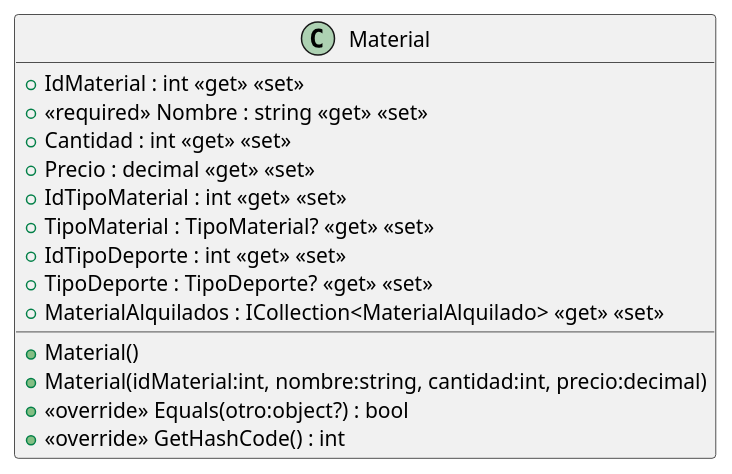
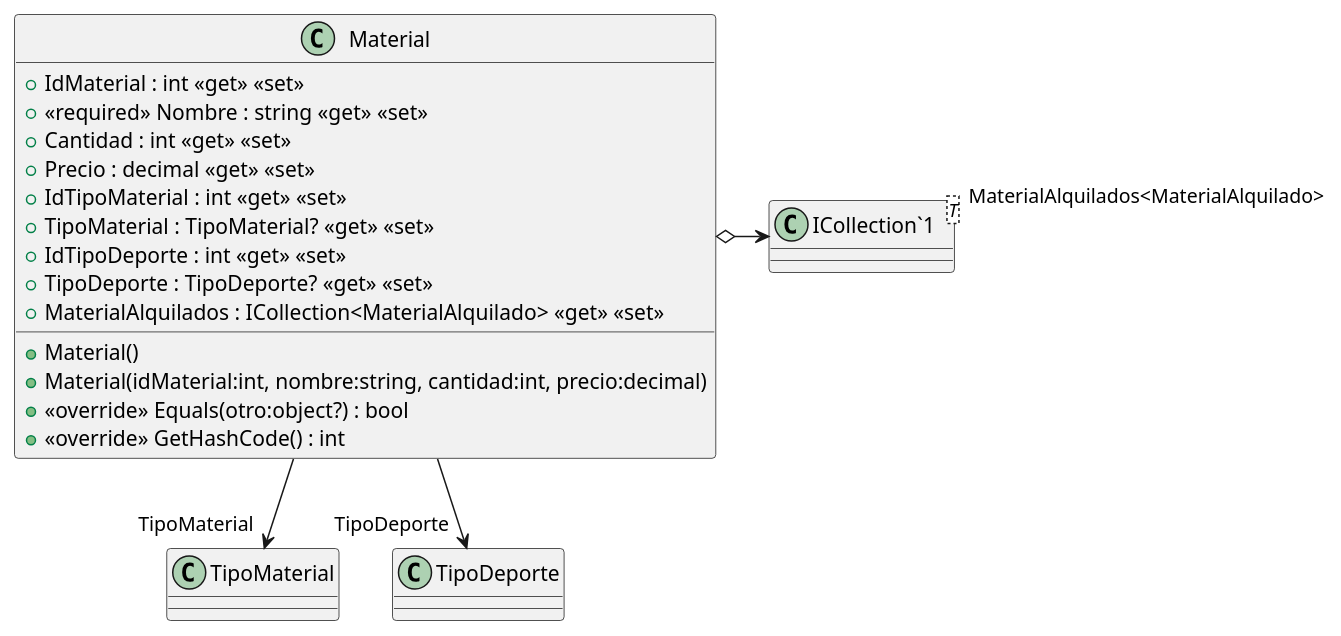
Before and after one commit to GrupoSixSeven/ISII2627GrupoSixSeven: the diagram in src/AppForSEII.API/ClassDiagram/Material.puml, drawn with PlantUML. The commit also changed 13 other files, not shown here.

First line of the commit message:
Crear diagrama CU-3 (T-29)

```diff
--- a/src/AppForSEII.API/ClassDiagram/Material.puml
+++ b/src/AppForSEII.API/ClassDiagram/Material.puml
@@ -1,17 +1,22 @@
 @startuml
 class Material {
     + IdMaterial : int <<get>> <<set>>
     + <<required>> Nombre : string <<get>> <<set>>
     + Cantidad : int <<get>> <<set>>
     + Precio : decimal <<get>> <<set>>
     + IdTipoMaterial : int <<get>> <<set>>
     + TipoMaterial : TipoMaterial? <<get>> <<set>>
     + IdTipoDeporte : int <<get>> <<set>>
     + TipoDeporte : TipoDeporte? <<get>> <<set>>
     + MaterialAlquilados : ICollection<MaterialAlquilado> <<get>> <<set>>
     + Material()
     + Material(idMaterial:int, nombre:string, cantidad:int, precio:decimal)
     + <<override>> Equals(otro:object?) : bool
     + <<override>> GetHashCode() : int
 }
+class "ICollection`1"<T> {
+}
+Material --> "TipoMaterial" TipoMaterial
+Material --> "TipoDeporte" TipoDeporte
+Material o-> "MaterialAlquilados<MaterialAlquilado>" "ICollection`1"
 @enduml
```
